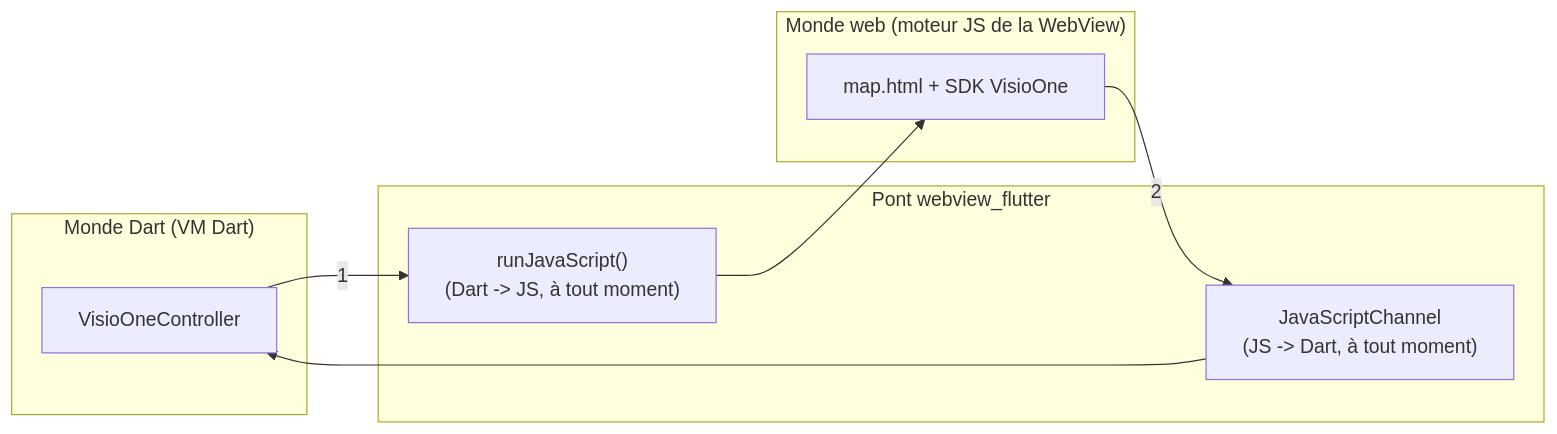
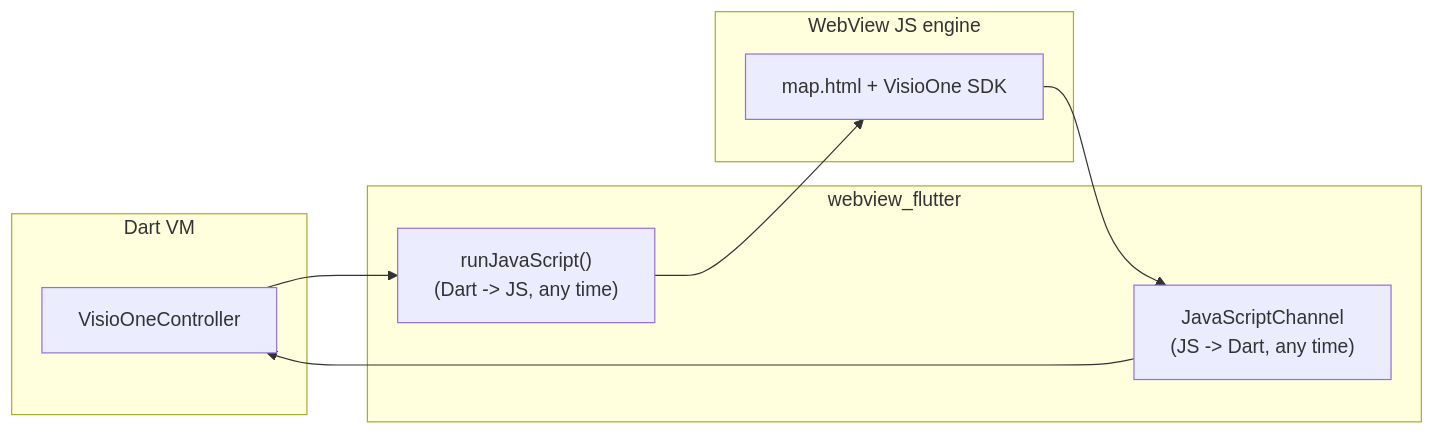
Before and after one commit to visioglobe-sas/VisioOneMeetFlutter: the diagram in docs/COMMUNICATION_GUIDE.md, drawn with Mermaid. The commit also changed other lines of this file and 24 other files, not shown here.

````diff
--- a/docs/COMMUNICATION_GUIDE.md
+++ b/docs/COMMUNICATION_GUIDE.md
@@ -29,16 +27,16 @@
 ```mermaid
 graph LR
-  subgraph Dart["Monde Dart (VM Dart)"]
+  subgraph Dart["Dart VM"]
     C["VisioOneController"]
   end
-  subgraph Pont["Pont webview_flutter"]
-    P1["runJavaScript()<br/>(Dart -> JS, à tout moment)"]
-    P2["JavaScriptChannel<br/>(JS -> Dart, à tout moment)"]
+  subgraph Bridge["webview_flutter"]
+    P1["runJavaScript()<br/>(Dart -> JS, any time)"]
+    P2["JavaScriptChannel<br/>(JS -> Dart, any time)"]
   end
-  subgraph Web["Monde web (moteur JS de la WebView)"]
-    J["map.html + SDK VisioOne"]
+  subgraph Web["WebView JS engine"]
+    J["map.html + VisioOne SDK"]
   end
 
-  C -->|1| P1 --> J
-  J -->|2| P2 --> C
+  C --> P1 --> J
+  J --> P2 --> C
 ```
````
